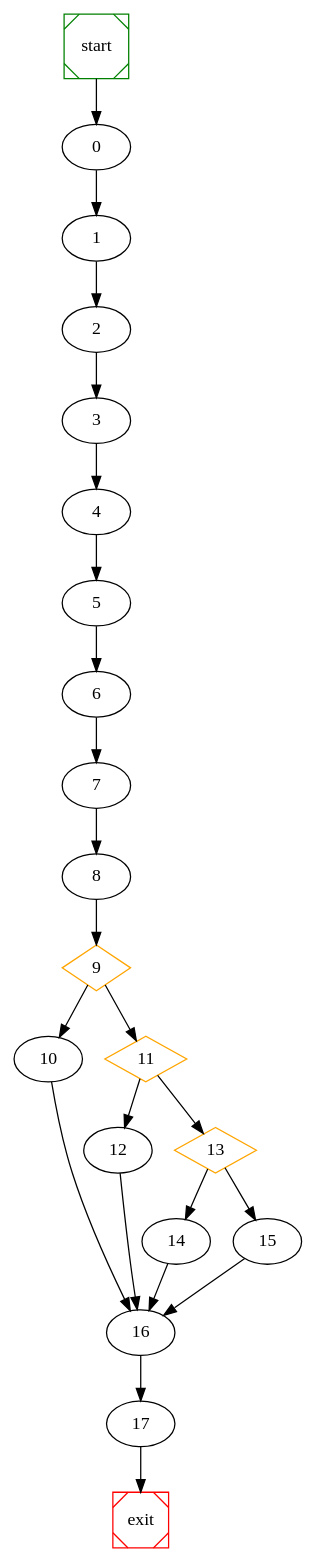
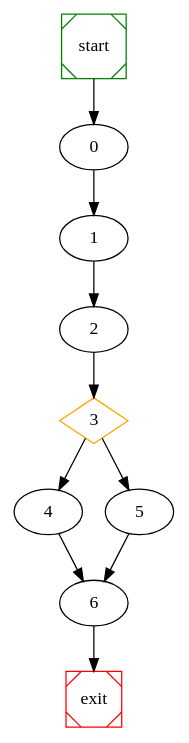
The diagram in cnf/raw_graph.dot (NabeelQaiser/BTP_2k18-19), drawn with Graphviz before and after one commit. The commit also changed 45 other files, not shown here.

```diff
--- a/cnf/raw_graph.dot
+++ b/cnf/raw_graph.dot
@@ -1,32 +1,17 @@
 # dot file created at runtime
 
 digraph G {
 	start -> 0;
 	0 -> 1 ;
 	1 -> 2 ;
+	3 [shape=diamond, color=orange] ;
+	3 -> 4 ;
+	3 -> 5 ;
 	2 -> 3 ;
-	3 -> 4 ;
-	4 -> 5 ;
 	5 -> 6 ;
-	6 -> 7 ;
-	7 -> 8 ;
-	9 [shape=diamond, color=orange] ;
-	9 -> 10 ;
-	11 [shape=diamond, color=orange] ;
-	9 -> 11 ;
-	11 -> 12 ;
-	13 [shape=diamond, color=orange] ;
-	11 -> 13 ;
-	13 -> 14 ;
-	13 -> 15 ;
-	8 -> 9 ;
-	15 -> 16 ;
-	12 -> 16 ;
-	14 -> 16 ;
-	10 -> 16 ;
-	16 -> 17 ;
-	17 -> exit;
+	4 -> 6 ;
+	6 -> exit;
 
 	start [shape=Msquare, color=green];
 	exit [shape=Msquare, color=red];
 }
```
